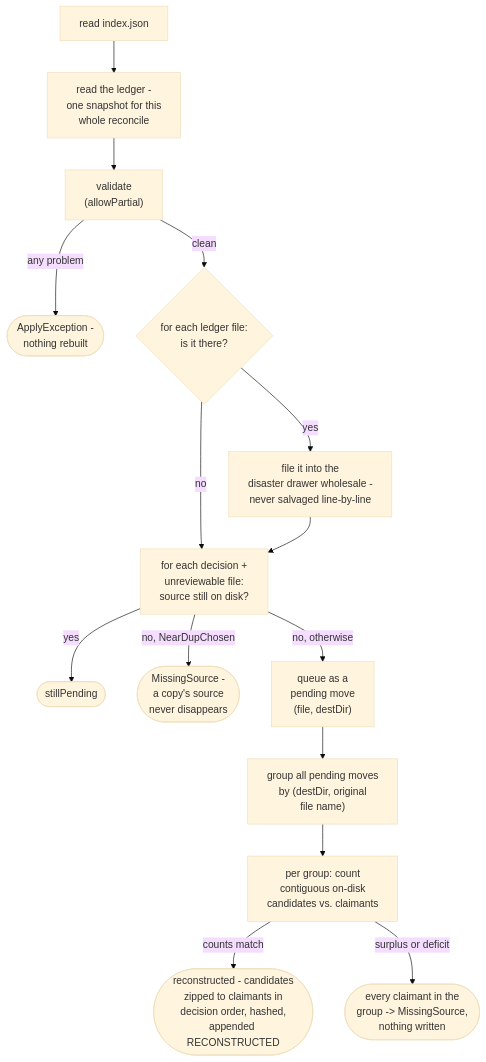
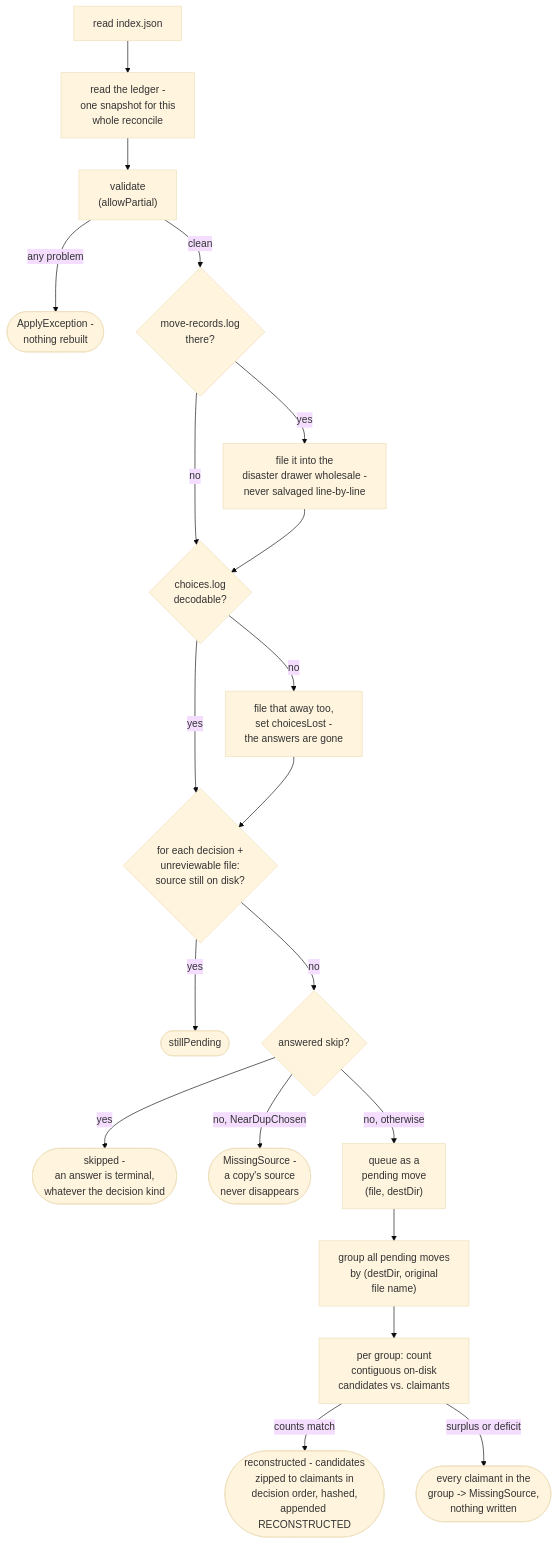
The diagram in app/docs/design/application/service/reconcile-engine.md (AdrianNachev91/sluice), drawn with Mermaid (base theme) before and after one commit. The commit also changed other lines of this file and 16 other files, not shown here.

````diff
--- a/app/docs/design/application/service/reconcile-engine.md
+++ b/app/docs/design/application/service/reconcile-engine.md
@@ -9,17 +9,22 @@
 ```mermaid
 flowchart TD
     A["read index.json"] --> A2["read the ledger -<br/>one snapshot for this<br/>whole reconcile"]
     A2 --> A3["validate<br/>(allowPartial)"]
     A3 -- any problem --> Z(["ApplyException -<br/>nothing rebuilt"])
-    A3 -- clean --> B{"for each ledger file:<br/>is it there?"}
+    A3 -- clean --> B{"move-records.log<br/>there?"}
+    B -- no --> B2{"choices.log<br/>decodable?"}
     B -- yes --> C["file it into the<br/>disaster drawer wholesale -<br/>never salvaged line-by-line"]
-    B -- no --> D
-    C --> D["for each decision +<br/>unreviewable file:<br/>source still on disk?"]
+    C --> B2
+    B2 -- yes --> D{"for each decision +<br/>unreviewable file:<br/>source still on disk?"}
+    B2 -- no --> B3["file that away too,<br/>set choicesLost -<br/>the answers are gone"]
+    B3 --> D
     D -- yes --> E(["stillPending"])
-    D -- no, NearDupChosen --> F(["MissingSource -<br/>a copy's source<br/>never disappears"])
-    D -- no, otherwise --> G["queue as a<br/>pending move<br/>(file, destDir)"]
+    D -- no --> D2{"answered skip?"}
+    D2 -- yes --> E2(["skipped -<br/>an answer is terminal,<br/>whatever the decision kind"])
+    D2 -- no, NearDupChosen --> F(["MissingSource -<br/>a copy's source<br/>never disappears"])
+    D2 -- no, otherwise --> G["queue as a<br/>pending move<br/>(file, destDir)"]
     G --> H["group all pending moves<br/>by (destDir, original<br/>file name)"]
     H --> I["per group: count<br/>contiguous on-disk<br/>candidates vs. claimants"]
     I -- counts match --> J(["reconstructed - candidates<br/>zipped to claimants in<br/>decision order, hashed,<br/>appended RECONSTRUCTED"])
     I -- surplus or deficit --> K(["every claimant in the<br/>group -> MissingSource,<br/>nothing written"])
 ```
````
